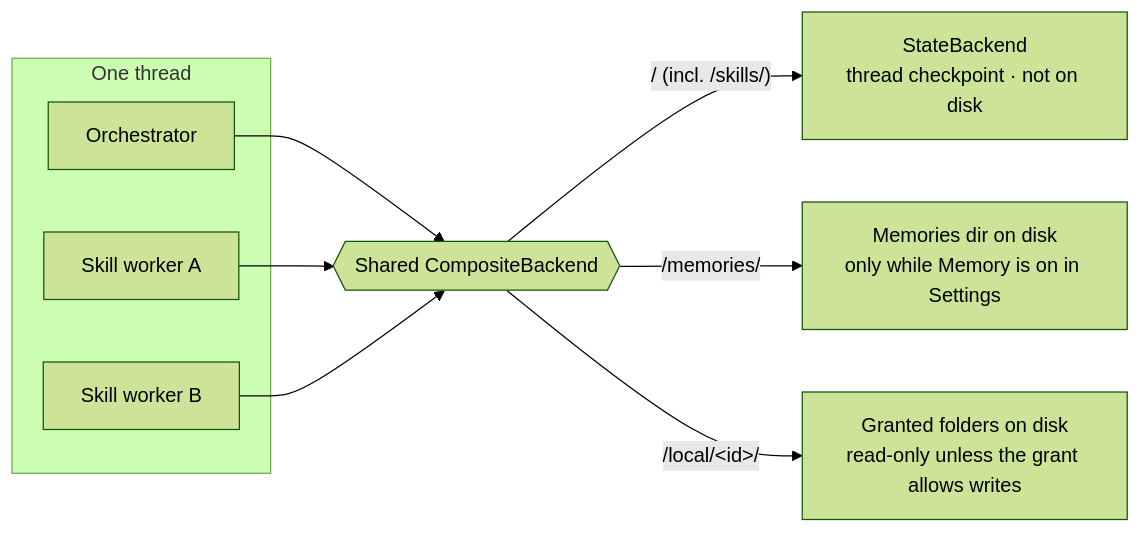
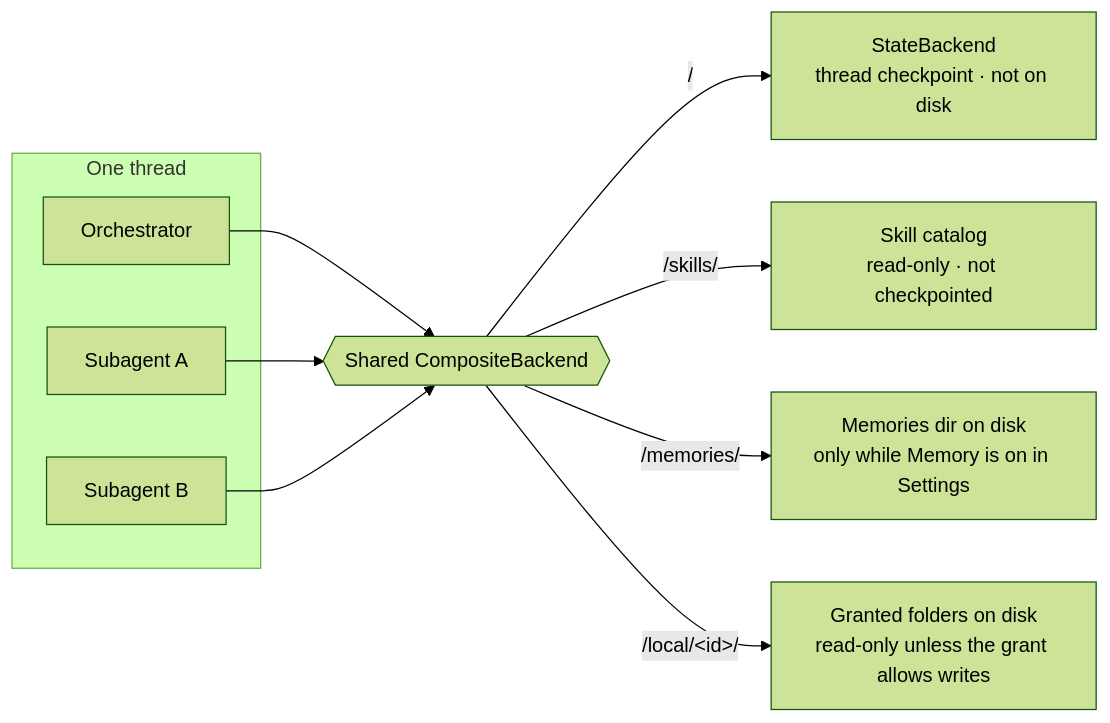
Before and after one commit to pizza-bot-app/pizza-bot: the second of 2 diagrams in docs/ARCHITECTURE.md, drawn with Mermaid (forest theme). The commit also changed other lines of this file and 70 other files, not shown here.

````diff
--- a/docs/ARCHITECTURE.md
+++ b/docs/ARCHITECTURE.md
@@ -219,12 +220,13 @@
   ```mermaid
   flowchart LR
     subgraph Thread["One thread"]
       O[Orchestrator]
-      W1[Skill worker A]
-      W2[Skill worker B]
+      W1[Subagent A]
+      W2[Subagent B]
     end
     O & W1 & W2 --> CB{{"Shared CompositeBackend"}}
-    CB -->|"/ (incl. /skills/)"| SB["StateBackend<br/>thread checkpoint · not on disk"]
+    CB -->|"/"| SB["StateBackend<br/>thread checkpoint · not on disk"]
+    CB -->|"/skills/"| SK["Skill catalog<br/>read-only · not checkpointed"]
     CB -->|"/memories/"| MEM["Memories dir on disk<br/>only while Memory is on in Settings"]
     CB -->|"/local/&lt;id&gt;/"| LF["Granted folders on disk<br/>read-only unless the grant allows writes"]
   ```
````
